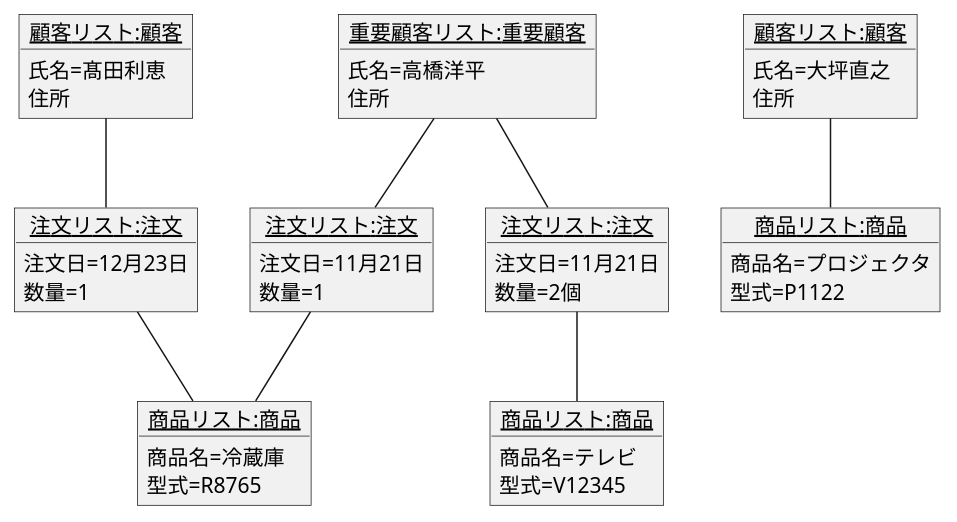
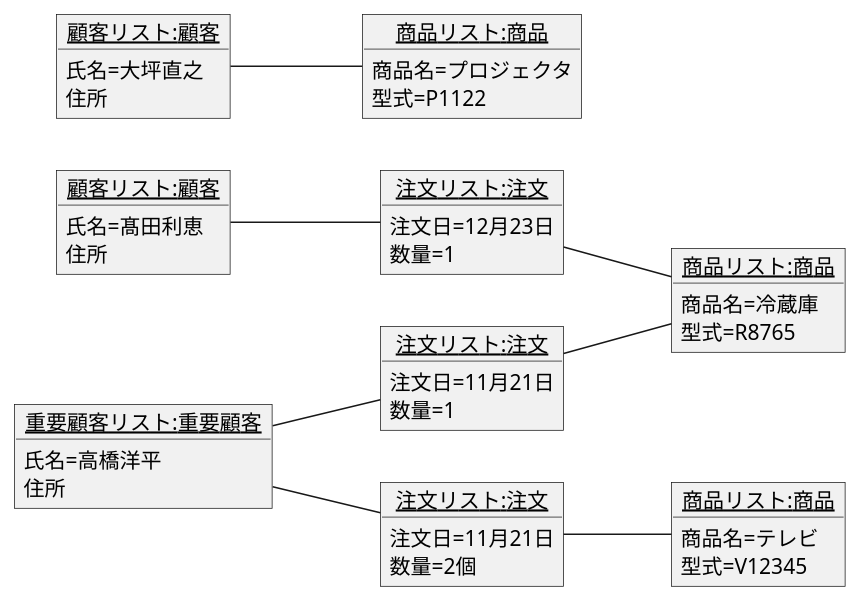
The diagram in 第三章/【提出ファイル】演習3-7_OBJ_注文のオブジェクト図.pu (milky326/uml-introduction), drawn with PlantUML before and after one commit.

Commit message:
演習３

```diff
--- a/第三章/【提出ファイル】演習3-7_OBJ_注文のオブジェクト図.pu
+++ b/第三章/【提出ファイル】演習3-7_OBJ_注文のオブジェクト図.pu
@@ -1,56 +1,57 @@
 @startuml 演習3-7
-'left to right direction
+left to right direction
     object "<u>注文リスト:注文</u>" as order1{
         注文日=11月21日
         数量=2個
     }
     
     object "<u>注文リスト:注文</u>" as order2{
         注文日=11月21日
         数量=1
     }
 
     object "<u>注文リスト:注文</u>" as order3{
         注文日=12月23日
         数量=1
     }
 
     object "<u>商品リスト:商品</u>" as product1{
         商品名=テレビ
         型式=V12345
     }
 
     object "<u>商品リスト:商品</u>" as product2{
         商品名=冷蔵庫
         型式=R8765
     }
 
     object "<u>商品リスト:商品</u>" as product3{
         商品名=プロジェクタ
         型式=P1122
     }
 
     object "<u>顧客リスト:顧客</u>" as customer1{
         氏名=髙田利恵
         住所
     }
 
     object "<u>顧客リスト:顧客</u>" as customer2{
         氏名=大坪直之
         住所
     }
 
     object "<u>重要顧客リスト:重要顧客</u>" as importantcustomer{
         氏名=高橋洋平
         住所
     }
 
     order1 -- product1
     order2 -- product2
     order3 -up- customer1
     order3 -- product2
     customer2 -- product3
 
+
     importantcustomer -- order1
     importantcustomer -- order2
 @enduml
```
